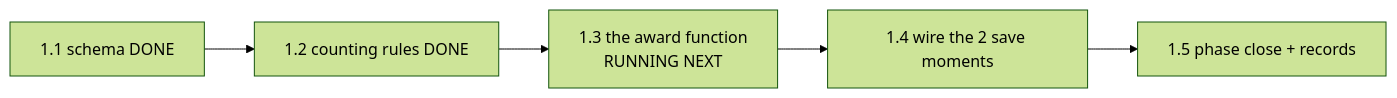
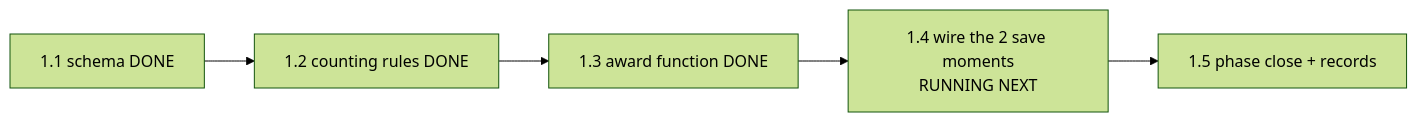
One commit to dkreinov/magic-clinic-english changed the diagram in .oplan/word-trophies/STATUS.md. Above: the diagram before and after it, drawn with Mermaid (forest theme). The commit also changed other lines of this file and 1 other file, not shown here.

Commit message:
oplan: word-trophies step 1.3 accepted (ba8b009) — records

````diff
--- a/.oplan/word-trophies/STATUS.md
+++ b/.oplan/word-trophies/STATUS.md
@@ -9,7 +9,7 @@
 ```mermaid
 flowchart LR
     S11[1.1 schema DONE] --> S12[1.2 counting rules DONE]
-    S12 --> S13[1.3 the award function<br/>RUNNING NEXT]
-    S13 --> S14[1.4 wire the 2 save moments]
+    S12 --> S13[1.3 award function DONE]
+    S13 --> S14[1.4 wire the 2 save moments<br/>RUNNING NEXT]
     S14 --> S15[1.5 phase close + records]
 ```
````
